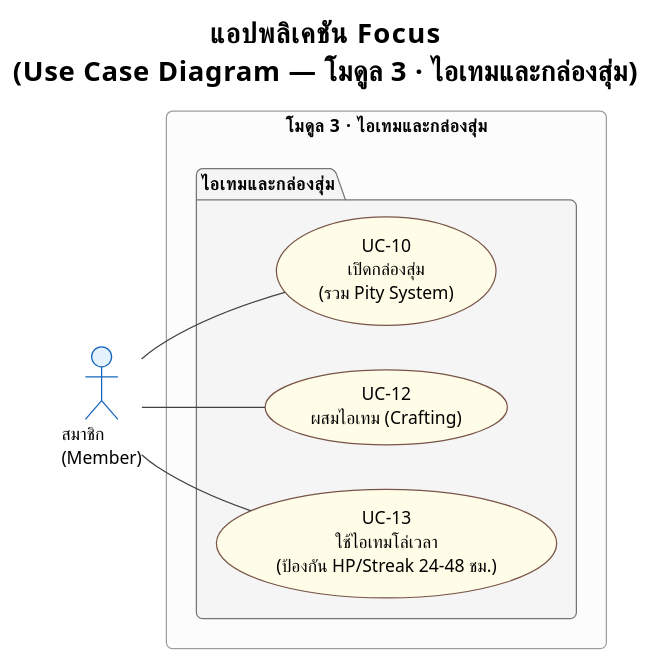
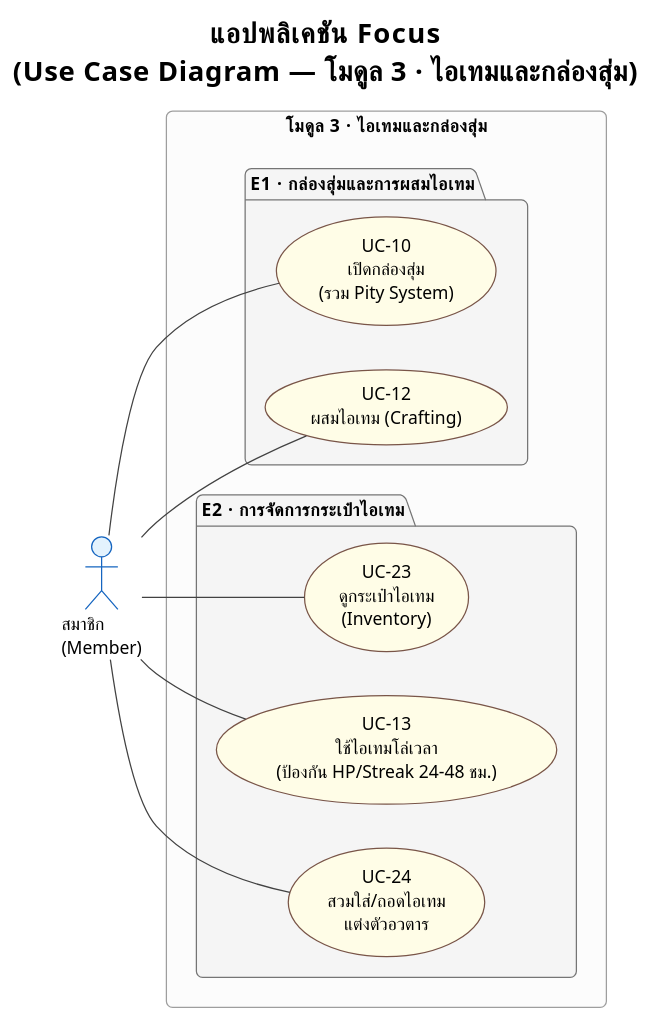
One commit to popotaroman-cloud/dssiprj-pad changed the diagram in proposal/usecase/usecase_module3.puml. Above: the diagram before and after it, drawn with PlantUML. The commit also changed other lines of this file and 34 other files, not shown here.

```diff
--- a/proposal/usecase/usecase_module3.puml
+++ b/proposal/usecase/usecase_module3.puml
@@ -4,44 +5,55 @@
 @startuml usecase_module3
 !theme plain
 skinparam defaultFontName TH Sarabun New
 skinparam defaultFontSize 14
 skinparam roundcorner 10
 
 skinparam usecase {
   BackgroundColor #FFFDE7
   BorderColor #795548
 }
 skinparam actor {
   BackgroundColor #E3F2FD
   BorderColor #1565C0
 }
 skinparam package {
   BackgroundColor #F5F5F5
   BorderColor #757575
   FontStyle bold
 }
 skinparam rectangle {
   BackgroundColor #FCFCFC
   BorderColor #9E9E9E
 }
 skinparam ArrowColor #424242
 
 title <b>แอปพลิเคชัน Focus</b>\n(Use Case Diagram — โมดูล 3 · ไอเทมและกล่องสุ่ม)
 
 left to right direction
 
 actor "สมาชิก\n(Member)" as Member
 
 rectangle "โมดูล 3 · ไอเทมและกล่องสุ่ม" {
-  package "ไอเทมและกล่องสุ่ม" {
+  package "E1 · กล่องสุ่มและการผสมไอเทม" {
     usecase "UC-10\nเปิดกล่องสุ่ม\n(รวม Pity System)" as UC10
     usecase "UC-12\nผสมไอเทม (Crafting)" as UC12
+  }
+
+  package "E2 · การจัดการกระเป๋าไอเทม" {
+    usecase "UC-23\nดูกระเป๋าไอเทม\n(Inventory)" as UC23
     usecase "UC-13\nใช้ไอเทมโล่เวลา\n(ป้องกัน HP/Streak 24-48 ชม.)" as UC13
+    usecase "UC-24\nสวมใส่/ถอดไอเทม\nแต่งตัวอวตาร" as UC24
   }
 }
 
 Member -- UC10
 Member -- UC12
+Member -- UC23
 Member -- UC13
+Member -- UC24
+
+' หมายเหตุ: UC-10/UC-12/UC-13/UC-24 อ้างอิง UC-23 เป็นแหล่งข้อมูลไอเทมร่วม (pre-condition)
+' ไม่ใช่ความสัมพันธ์ <<include>>/<<extend>> เชิง flow ตามที่ระบุใน usecase_description.md
+' จึงไม่วาดเส้นความสัมพันธ์ระหว่าง use case เหล่านี้กับ UC-23
 
 @enduml
```
